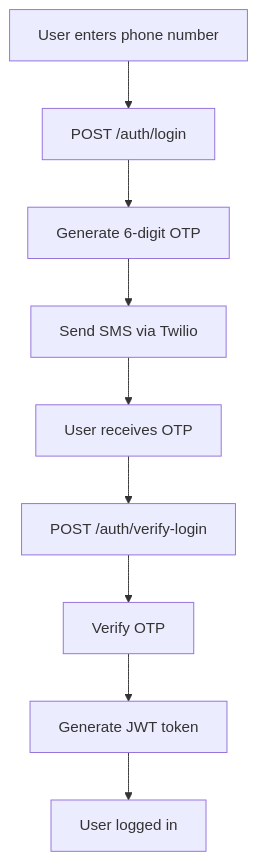
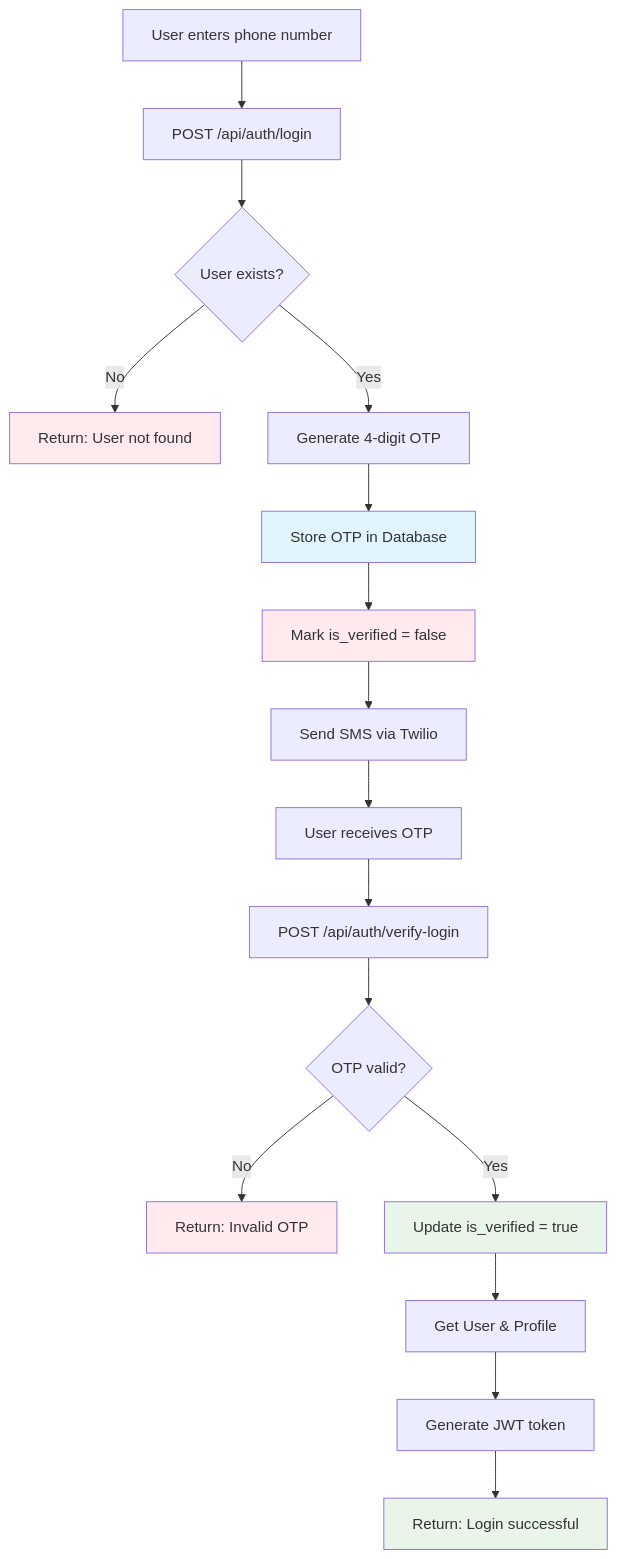
The second of 5 diagrams in PHONE_AUTHENTICATION.md (LOOPINX-CIRCLE/LoopinBackend), drawn with Mermaid before and after one commit. The commit also changed other lines of this file, not shown here.

````diff
--- a/PHONE_AUTHENTICATION.md
+++ b/PHONE_AUTHENTICATION.md
@@ -134,11 +177,25 @@
 ```mermaid
 graph TD
-    A[User enters phone number] --> B[POST /auth/login]
-    B --> C[Generate 6-digit OTP]
-    C --> D[Send SMS via Twilio]
-    D --> E[User receives OTP]
-    E --> F[POST /auth/verify-login]
-    F --> G[Verify OTP]
-    G --> H[Generate JWT token]
-    H --> I[User logged in]
+    A[User enters phone number] --> B[POST /api/auth/login]
+    B --> C{User exists?}
+    C -->|No| D[Return: User not found]
+    C -->|Yes| E[Generate 4-digit OTP]
+    E --> F[Store OTP in Database]
+    F --> G[Mark is_verified = false]
+    G --> H[Send SMS via Twilio]
+    H --> I[User receives OTP]
+    I --> J[POST /api/auth/verify-login]
+    J --> K{OTP valid?}
+    K -->|No| L[Return: Invalid OTP]
+    K -->|Yes| M[Update is_verified = true]
+    M --> N[Get User & Profile]
+    N --> O[Generate JWT token]
+    O --> P[Return: Login successful]
+    
+    style F fill:#e1f5fe
+    style G fill:#ffebee
+    style M fill:#e8f5e8
+    style P fill:#e8f5e8
+    style D fill:#ffebee
+    style L fill:#ffebee
 ```
````
